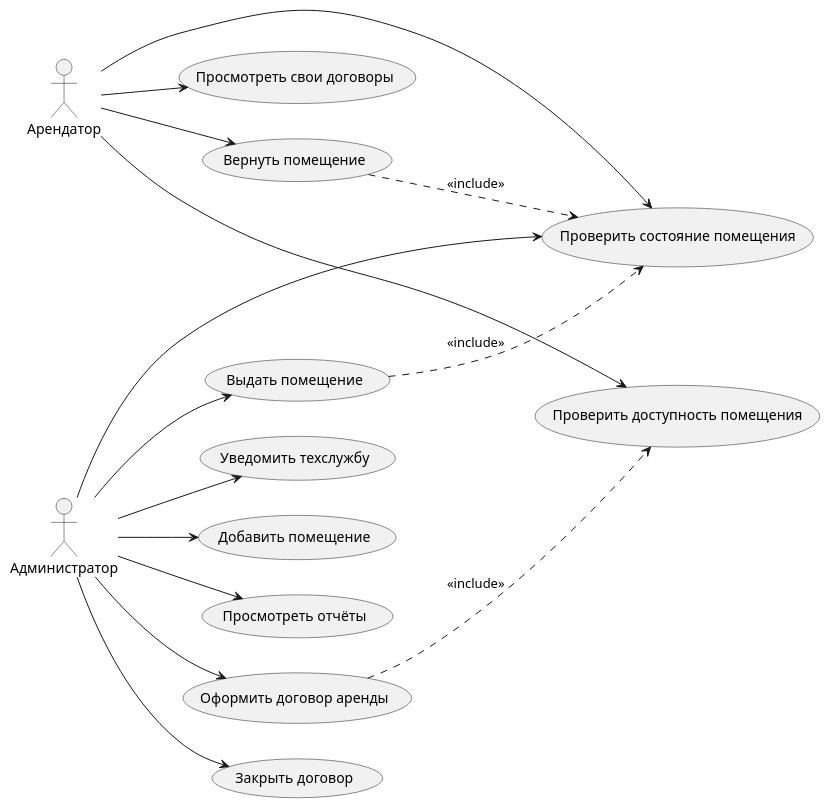
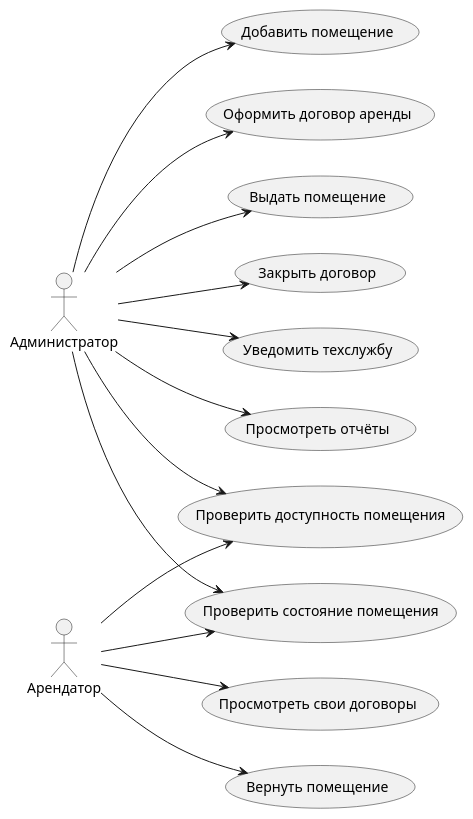
Before and after one commit to 1areseon1/gitExample: the diagram in docs/diagrams/3uc.puml, drawn with PlantUML. The commit also changed 6 other files, not shown here.

```diff
--- a/docs/diagrams/3uc.puml
+++ b/docs/diagrams/3uc.puml
@@ -1,35 +1,36 @@
 @startuml
 left to right direction
 
 actor "Администратор" as Admin
 actor "Арендатор" as Tenant
 
-usecase "Добавить помещение" as UC_AddRoom
-usecase "Оформить договор аренды" as UC_Contract
-usecase "Проверить доступность помещения" as UC_CheckAvail
-usecase "Проверить состояние помещения" as UC_CheckState
-usecase "Выдать помещение" as UC_Issue
-usecase "Вернуть помещение" as UC_Return
-usecase "Закрыть договор" as UC_Close
-usecase "Уведомить техслужбу" as UC_Notify
-usecase "Просмотреть отчёты" as UC_Reports
-usecase "Просмотреть свои договоры" as UC_MyContracts
+usecase "Добавить помещение" as UC1
+usecase "Оформить договор аренды" as UC2
+usecase "Выдать помещение" as UC3
+usecase "Закрыть договор" as UC4
+usecase "Уведомить техслужбу" as UC5
+usecase "Просмотреть отчёты" as UC6
+usecase "Просмотреть свои договоры" as UC7
+usecase "Вернуть помещение" as UC8
 
-Admin --> UC_AddRoom
-Admin --> UC_Contract
-Admin --> UC_CheckState
-Admin --> UC_Issue
-Admin --> UC_Close
-Admin --> UC_Notify
-Admin --> UC_Reports
+' Общие варианты использования (и для Администратора, и для Арендатора)
+usecase "Проверить доступность помещения" as UC_Common1
+usecase "Проверить состояние помещения" as UC_Common2
 
-Tenant --> UC_CheckAvail
-Tenant --> UC_CheckState
-Tenant --> UC_Return
-Tenant --> UC_MyContracts
+' Связи Администратора
+Admin --> UC1
+Admin --> UC2
+Admin --> UC3
+Admin --> UC4
+Admin --> UC5
+Admin --> UC6
+Admin --> UC_Common1
+Admin --> UC_Common2
 
-UC_Contract ..> UC_CheckAvail : <<include>>
-UC_Issue ..> UC_CheckState : <<include>>
-UC_Return ..> UC_CheckState : <<include>>
+' Связи Арендатора
+Tenant --> UC7
+Tenant --> UC8
+Tenant --> UC_Common1
+Tenant --> UC_Common2
 
 @enduml
```
